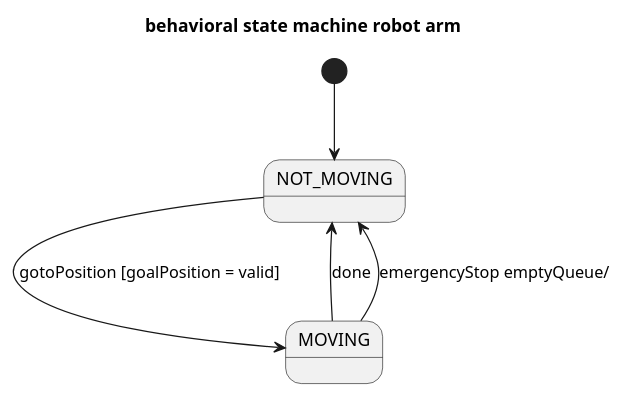
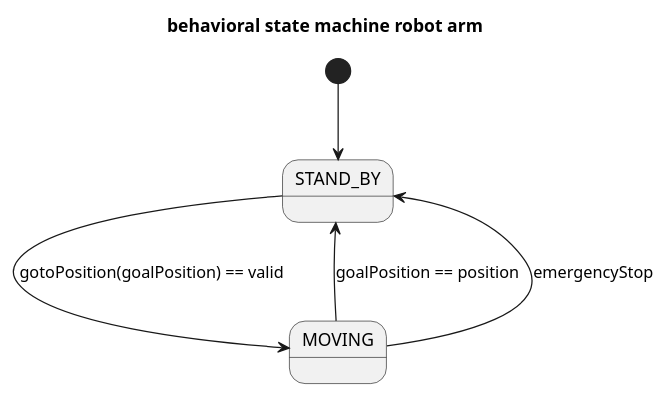
The diagram in diagrams/behavioralStateMachine.plantuml (muisje/robot_arm_aansturing), drawn with PlantUML before and after one commit.

```diff
--- a/diagrams/behavioralStateMachine.plantuml
+++ b/diagrams/behavioralStateMachine.plantuml
@@ -1,7 +1,7 @@
 @startuml behavioral state machine
 title behavioral state machine robot arm
-[*] --> NOT_MOVING
-NOT_MOVING --> MOVING : gotoPosition [goalPosition = valid]
-MOVING --> NOT_MOVING : done
-MOVING --> NOT_MOVING : emergencyStop emptyQueue/
+[*] --> STAND_BY
+STAND_BY --> MOVING : gotoPosition(goalPosition) == valid
+MOVING --> STAND_BY : goalPosition == position
+MOVING --> STAND_BY : emergencyStop
 @enduml
```
